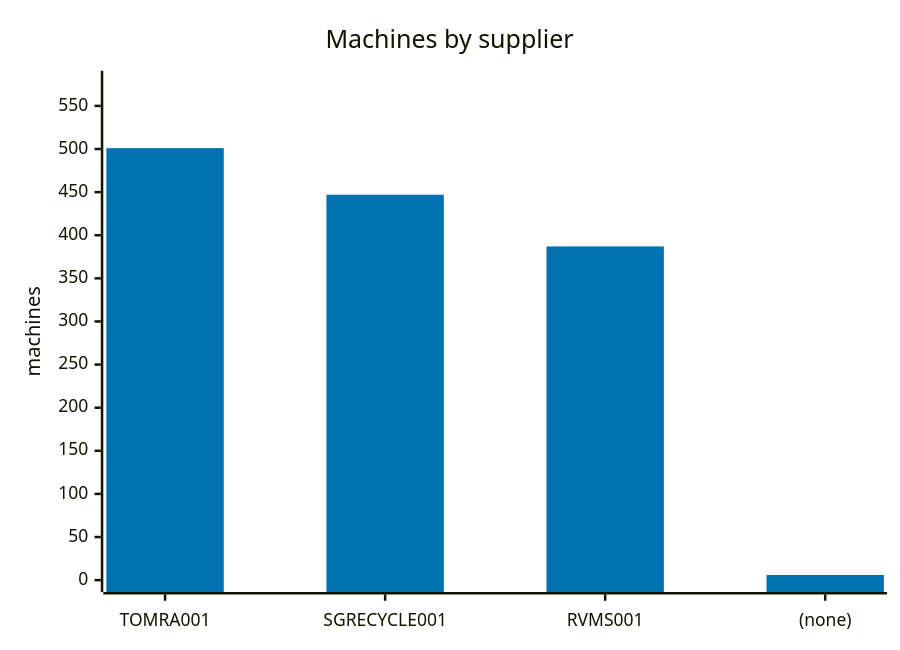
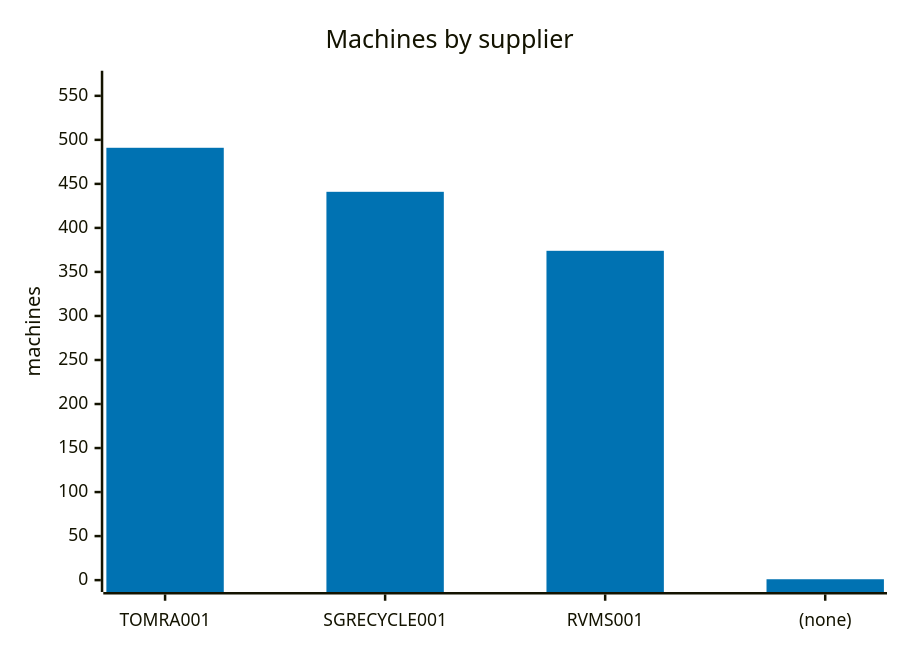
Before and after one commit to cheeaun/returnright-data: the second of 7 diagrams in ANALYSIS.md, drawn with Mermaid. The commit also changed other lines of this file and 7 other files, not shown here.

````diff
--- a/ANALYSIS.md
+++ b/ANALYSIS.md
@@ -50,13 +52,13 @@
 ```mermaid
 ---
 config:
   themeVariables:
     xyChart:
       plotColorPalette: "#0072B2"
 ---
 xychart-beta
     title "Machines by supplier"
     x-axis ["TOMRA001", "SGRECYCLE001", "RVMS001", "(none)"]
-    y-axis "machines" 0 --> 577
-    bar [501, 447, 387, 6]
+    y-axis "machines" 0 --> 565
+    bar [491, 441, 374, 1]
 ```
````
